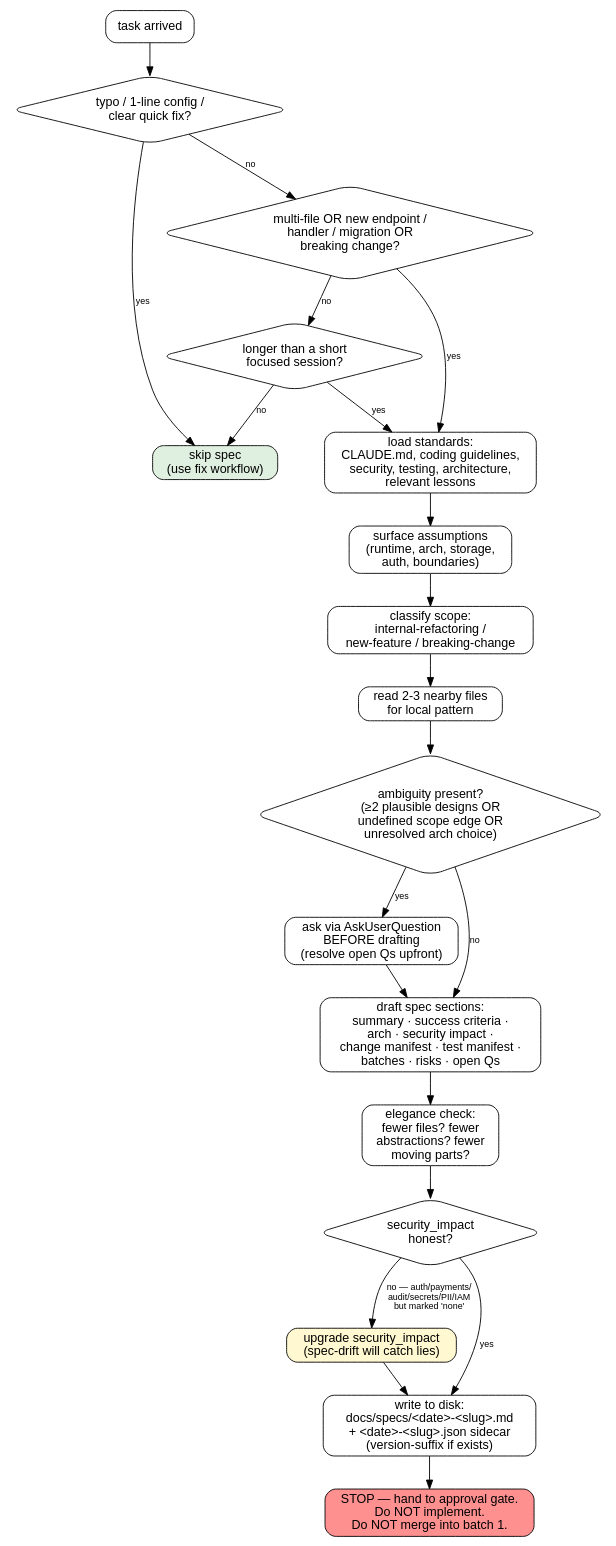
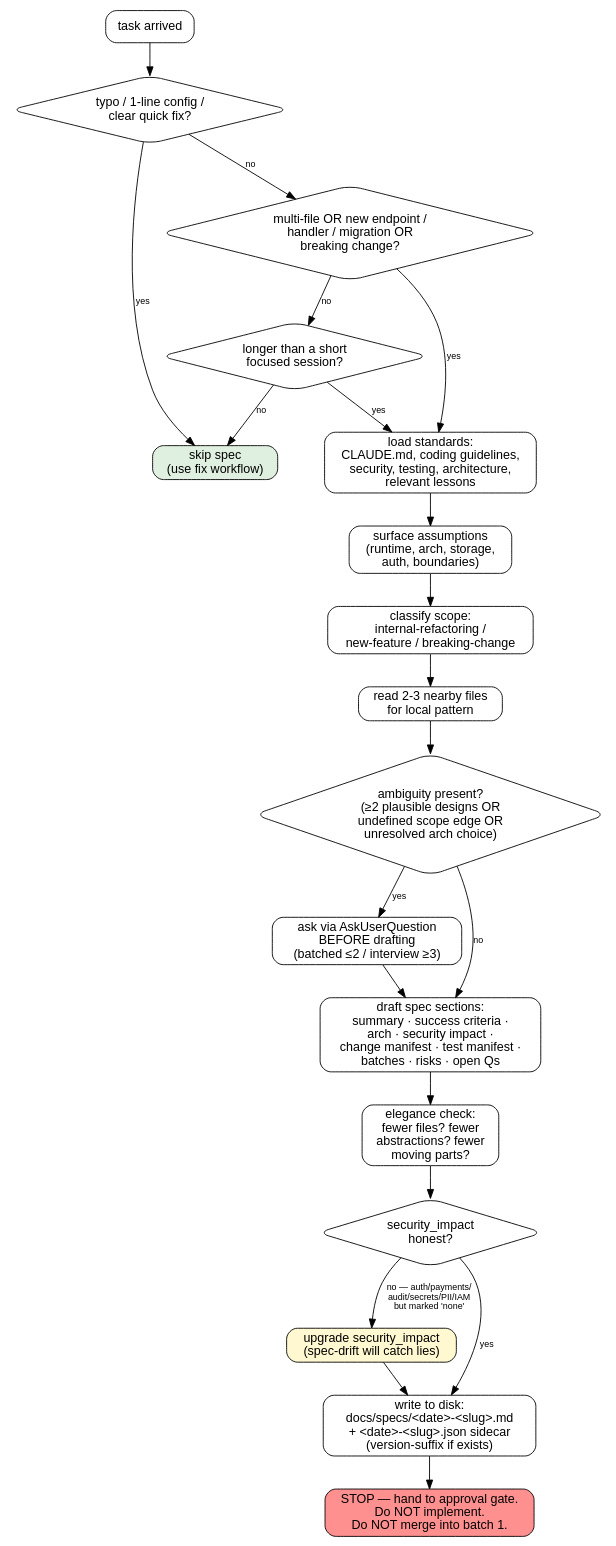
Before and after one commit to moberghr/mtk-agent-toolkit: the diagram in .claude/skills/spec-driven-development/SKILL.md, drawn with Graphviz. The commit also changed other lines of this file and 14 other files, not shown here.

````diff
--- a/.claude/skills/spec-driven-development/SKILL.md
+++ b/.claude/skills/spec-driven-development/SKILL.md
@@ -41,46 +41,46 @@
 ```dot
 digraph spec_flow {
   rankdir=TB;
   node [shape=box, style=rounded, fontname="Helvetica"];
   edge [fontname="Helvetica", fontsize=10];
 
   start    [label="task arrived"];
   trivial  [label="typo / 1-line config /\nclear quick fix?", shape=diamond];
   skip     [label="skip spec\n(use fix workflow)", style="rounded,filled", fillcolor="#e0f0e0"];
   multi    [label="multi-file OR new endpoint /\nhandler / migration OR\nbreaking change?", shape=diamond];
   long     [label="longer than a short\nfocused session?", shape=diamond];
 
   load     [label="load standards:\nCLAUDE.md, coding guidelines,\nsecurity, testing, architecture,\nrelevant lessons"];
   assume   [label="surface assumptions\n(runtime, arch, storage,\nauth, boundaries)"];
   classify [label="classify scope:\ninternal-refactoring /\nnew-feature / breaking-change"];
   pattern  [label="read 2-3 nearby files\nfor local pattern"];
   ambig    [label="ambiguity present?\n(≥2 plausible designs OR\nundefined scope edge OR\nunresolved arch choice)", shape=diamond];
-  ask      [label="ask via AskUserQuestion\nBEFORE drafting\n(resolve open Qs upfront)"];
+  ask      [label="ask via AskUserQuestion\nBEFORE drafting\n(batched ≤2 / interview ≥3)"];
   draft    [label="draft spec sections:\nsummary · success criteria ·\narch · security impact ·\nchange manifest · test manifest ·\nbatches · risks · open Qs"];
   elegance [label="elegance check:\nfewer files? fewer\nabstractions? fewer\nmoving parts?"];
   sec      [label="security_impact\nhonest?", shape=diamond];
   fixsec   [label="upgrade security_impact\n(spec-drift will catch lies)",
             style="rounded,filled", fillcolor="#fff8d0"];
   persist  [label="write to disk:\ndocs/specs/<date>-<slug>.md\n+ <date>-<slug>.json sidecar\n(version-suffix if exists)"];
   approve  [label="STOP — hand to approval gate.\nDo NOT implement.\nDo NOT merge into batch 1.",
             style="rounded,filled", fillcolor="#ff9090"];
 
   start -> trivial;
   trivial -> skip  [label="yes"];
   trivial -> multi [label="no"];
   multi   -> load  [label="yes"];
   multi   -> long  [label="no"];
   long    -> load  [label="yes"];
   long    -> skip  [label="no"];
 
   load -> assume -> classify -> pattern -> ambig;
   ambig -> ask   [label="yes"];
   ambig -> draft [label="no"];
   ask   -> draft;
   draft -> elegance -> sec;
   sec  -> fixsec  [label="no — auth/payments/\naudit/secrets/PII/IAM\nbut marked 'none'"];
   fixsec -> persist;
   sec  -> persist [label="yes"];
   persist -> approve;
 }
 ```
````
